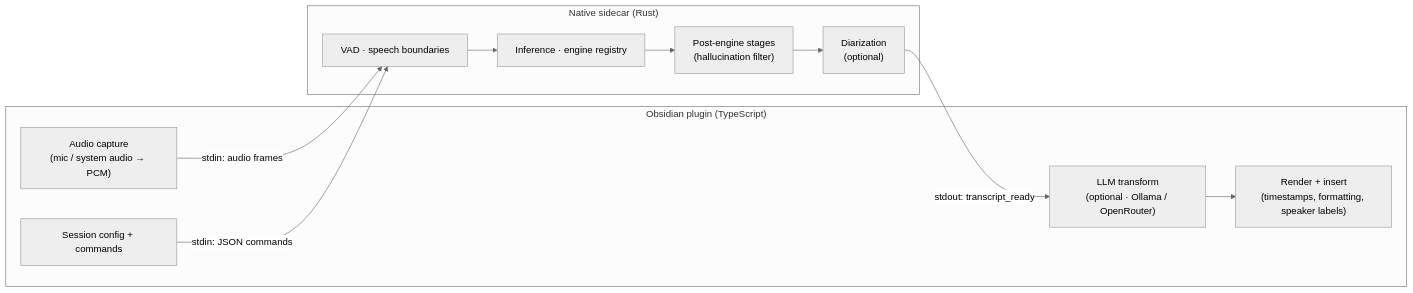
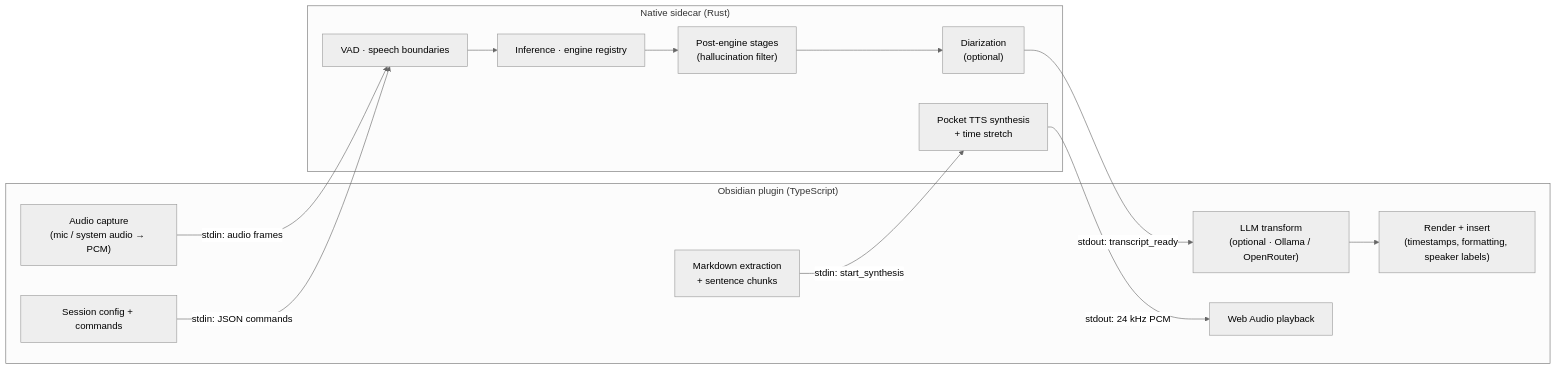
One commit to brittain9/local-dictation-obsidian-plugin changed the first of 6 diagrams in docs/system-architecture.md. Above: the diagram before and after it, drawn with Mermaid (neutral theme). The commit also changed other lines of this file and 4 other files, not shown here.

Commit message:
docs(tts): document architecture and acceptance policy

````diff
--- a/docs/system-architecture.md
+++ b/docs/system-architecture.md
@@ -16,21 +16,26 @@
 ```mermaid
 flowchart LR
     subgraph Plugin ["Obsidian plugin (TypeScript)"]
         CAP["Audio capture<br/>(mic / system audio → PCM)"]
         CFG["Session config + commands"]
         LLM["LLM transform<br/>(optional · Ollama / OpenRouter)"]
         REND["Render + insert<br/>(timestamps, formatting, speaker labels)"]
+        TEXT["Markdown extraction<br/>+ sentence chunks"]
+        PLAY["Web Audio playback"]
     end
 
     subgraph Sidecar ["Native sidecar (Rust)"]
         VAD["VAD · speech boundaries"]
         INF["Inference · engine registry"]
         STAGE["Post-engine stages<br/>(hallucination filter)"]
         DIA["Diarization<br/>(optional)"]
+        SYNTH["Pocket TTS synthesis<br/>+ time stretch"]
         VAD --> INF --> STAGE --> DIA
     end
 
     CAP -->|"stdin: audio frames"| VAD
     CFG -->|"stdin: JSON commands"| VAD
     DIA -->|"stdout: transcript_ready"| LLM --> REND
+    TEXT -->|"stdin: start_synthesis"| SYNTH
+    SYNTH -->|"stdout: 24 kHz PCM"| PLAY
 ```
````
